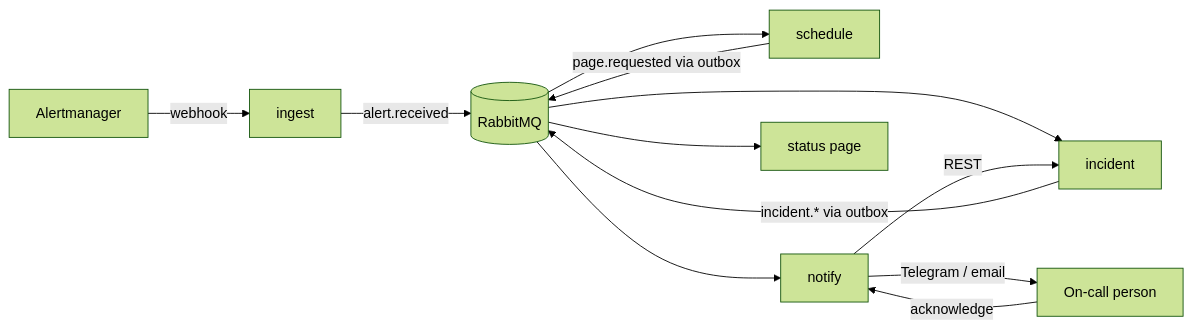
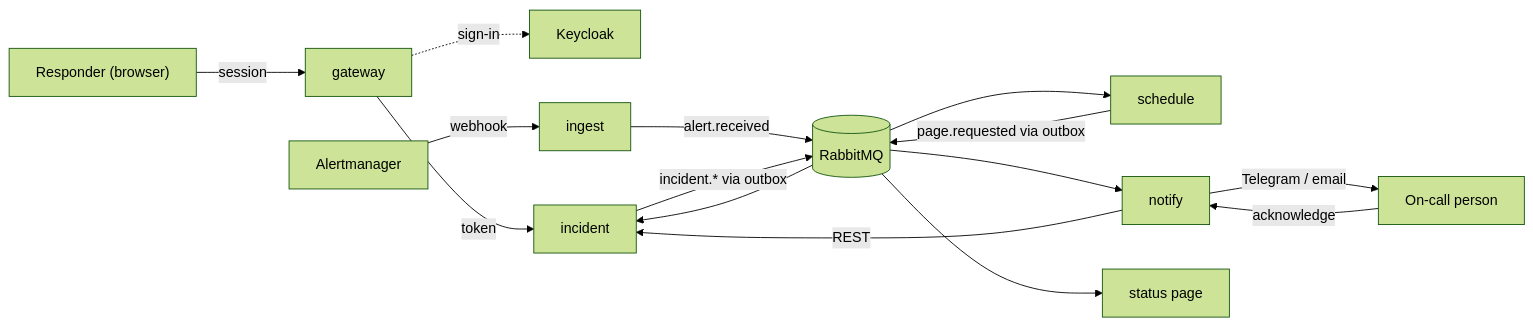
Before and after one commit to Yohan-Senadheera/pagerewind: the diagram in README.md, drawn with Mermaid (forest theme). The commit also changed other lines of this file and 2 other files, not shown here.

First line of the commit message:
Document logins, roles and the gateway (ADR 0009)

````diff
--- a/README.md
+++ b/README.md
@@ -61,14 +71,17 @@
 ```mermaid
 flowchart LR
+    Browser["Responder (browser)"] -->|session| gateway
+    gateway -.->|sign-in| KC["Keycloak"]
+    gateway -->|token| incident
     AM["Alertmanager"] -->|webhook| ingest
     ingest -->|alert.received| MQ[("RabbitMQ")]
     MQ --> incident
     incident -->|incident.* via outbox| MQ
     MQ --> schedule
     schedule -->|page.requested via outbox| MQ
     MQ --> notify
     notify -->|Telegram / email| Person["On-call person"]
     Person -->|acknowledge| notify
     notify -->|REST| incident
     MQ --> status["status page"]
 ```
````
